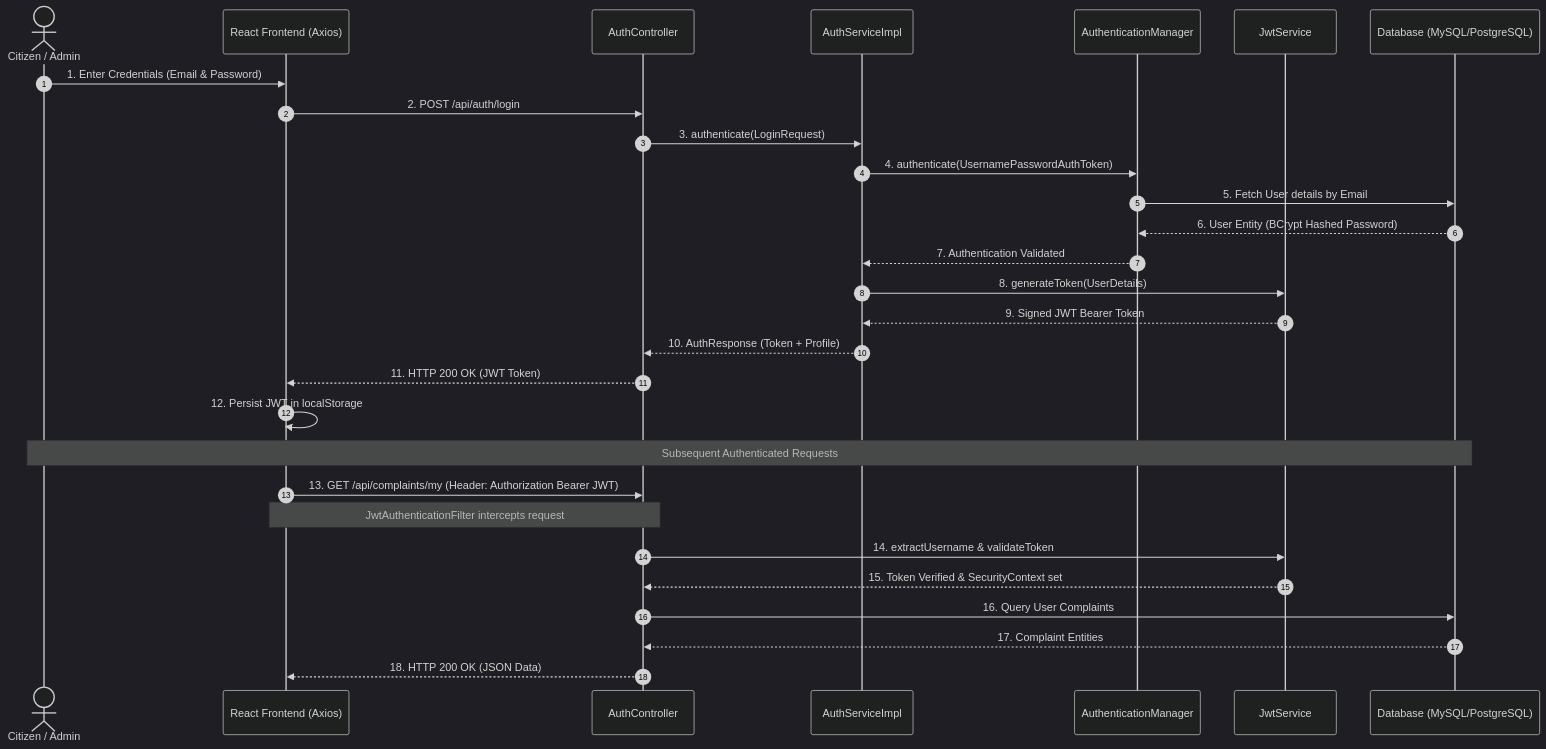
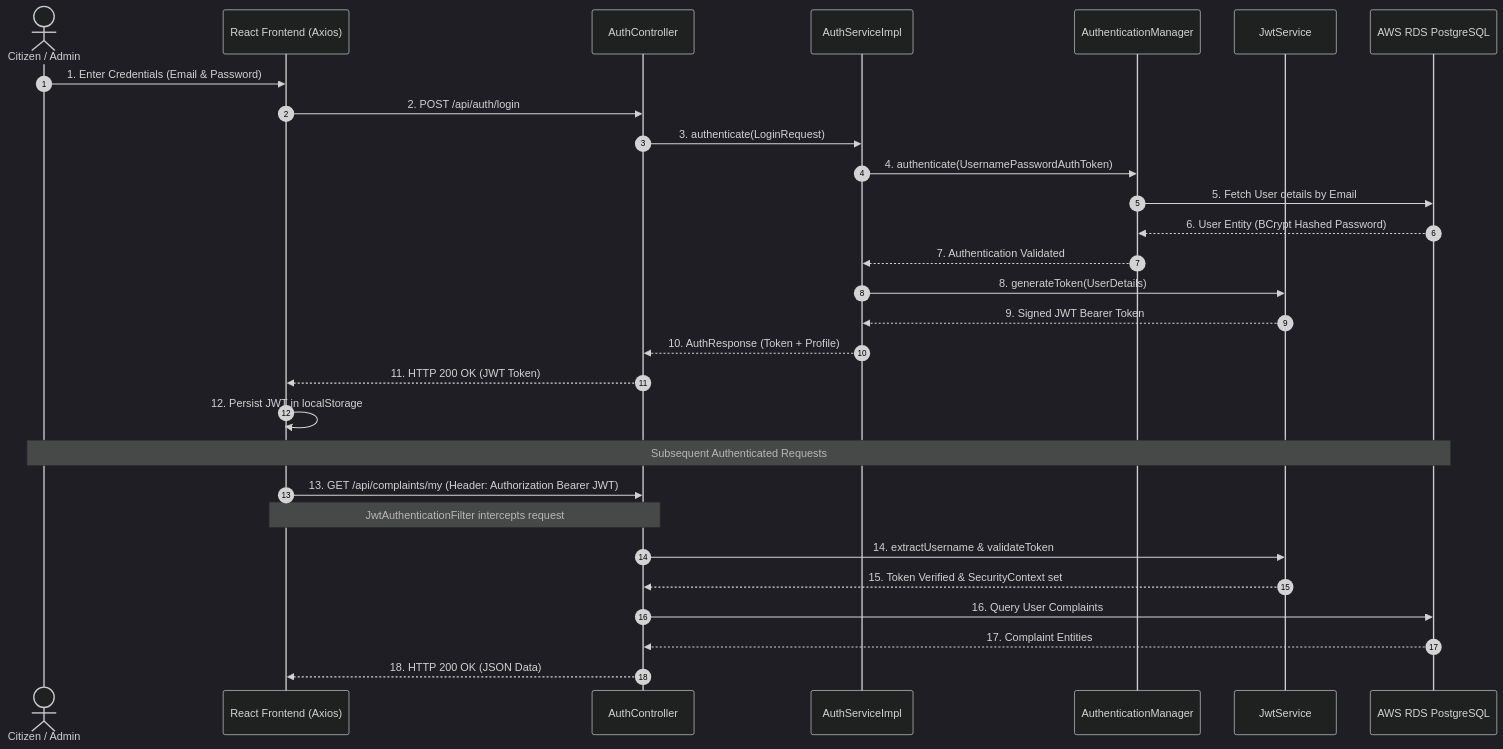
The second of 4 diagrams in README.md (SHIBAM-GHOSH/UrbanFix), drawn with Mermaid (dark theme) before and after one commit. The commit also changed other lines of this file and 2 other files, not shown here.

````diff
--- a/README.md
+++ b/README.md
@@ -150,34 +161,34 @@
 ```mermaid
 sequenceDiagram
     autonumber
     actor User as Citizen / Admin
     participant React as React Frontend (Axios)
     participant AuthCtrl as AuthController
     participant AuthSvc as AuthServiceImpl
     participant SecMgr as AuthenticationManager
     participant JwtSvc as JwtService
-    participant DB as Database (MySQL/PostgreSQL)
+    participant DB as AWS RDS PostgreSQL
 
     User->>React: 1. Enter Credentials (Email & Password)
     React->>AuthCtrl: 2. POST /api/auth/login
     AuthCtrl->>AuthSvc: 3. authenticate(LoginRequest)
     AuthSvc->>SecMgr: 4. authenticate(UsernamePasswordAuthToken)
     SecMgr->>DB: 5. Fetch User details by Email
     DB-->>SecMgr: 6. User Entity (BCrypt Hashed Password)
     SecMgr-->>AuthSvc: 7. Authentication Validated
     AuthSvc->>JwtSvc: 8. generateToken(UserDetails)
     JwtSvc-->>AuthSvc: 9. Signed JWT Bearer Token
     AuthSvc-->>AuthCtrl: 10. AuthResponse (Token + Profile)
     AuthCtrl-->>React: 11. HTTP 200 OK (JWT Token)
     React->>React: 12. Persist JWT in localStorage
 
     Note over User, DB: Subsequent Authenticated Requests
 
     React->>AuthCtrl: 13. GET /api/complaints/my (Header: Authorization Bearer JWT)
     Note over React, AuthCtrl: JwtAuthenticationFilter intercepts request
     AuthCtrl->>JwtSvc: 14. extractUsername & validateToken
     JwtSvc-->>AuthCtrl: 15. Token Verified & SecurityContext set
     AuthCtrl->>DB: 16. Query User Complaints
     DB-->>AuthCtrl: 17. Complaint Entities
     AuthCtrl-->>React: 18. HTTP 200 OK (JSON Data)
 ```
````
